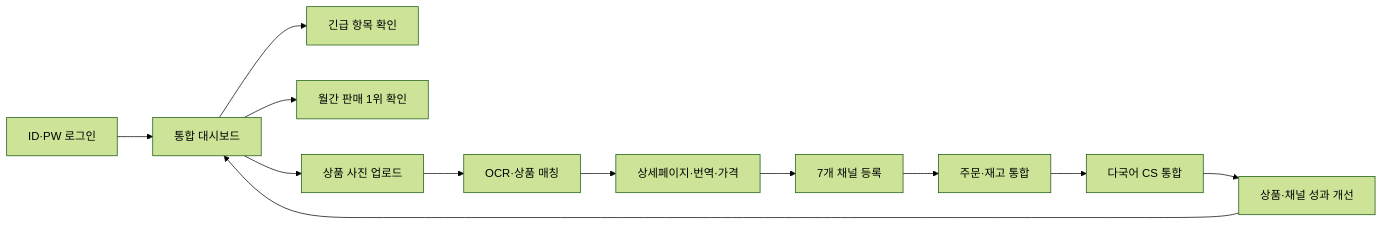
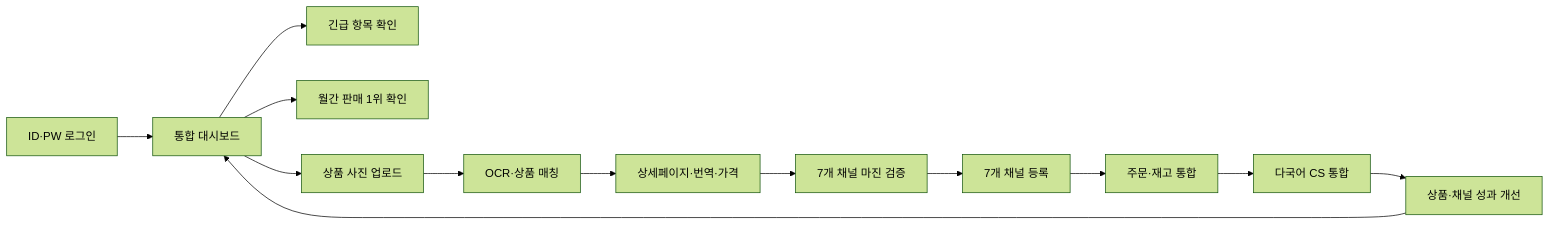
The diagram in docs/멀티채널_커머스_운영센터_스토리보드.md (couplit-korean/sellerpilot-global), drawn with Mermaid (forest theme) before and after one commit. The commit also changed other lines of this file and 5 other files, not shown here.

````diff
--- a/docs/멀티채널_커머스_운영센터_스토리보드.md
+++ b/docs/멀티채널_커머스_운영센터_스토리보드.md
@@ -23,14 +23,15 @@
 ```mermaid
 flowchart LR
   A["ID·PW 로그인"] --> B["통합 대시보드"]
   B --> C["긴급 항목 확인"]
   B --> D["월간 판매 1위 확인"]
   B --> E["상품 사진 업로드"]
   E --> F["OCR·상품 매칭"]
   F --> G["상세페이지·번역·가격"]
-  G --> H["7개 채널 등록"]
+  G --> M["7개 채널 마진 검증"]
+  M --> H["7개 채널 등록"]
   H --> I["주문·재고 통합"]
   I --> J["다국어 CS 통합"]
   J --> K["상품·채널 성과 개선"]
   K --> B
 ```
````
